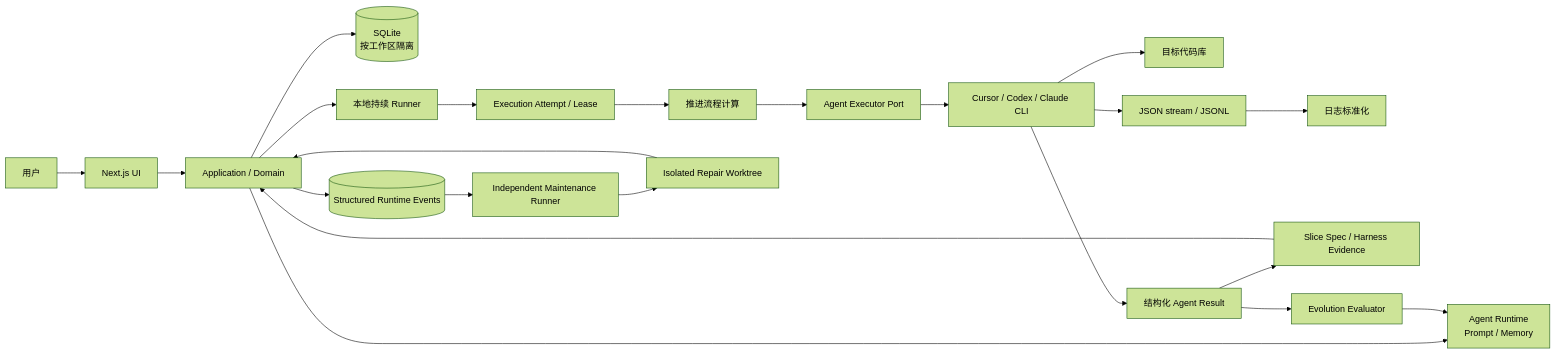
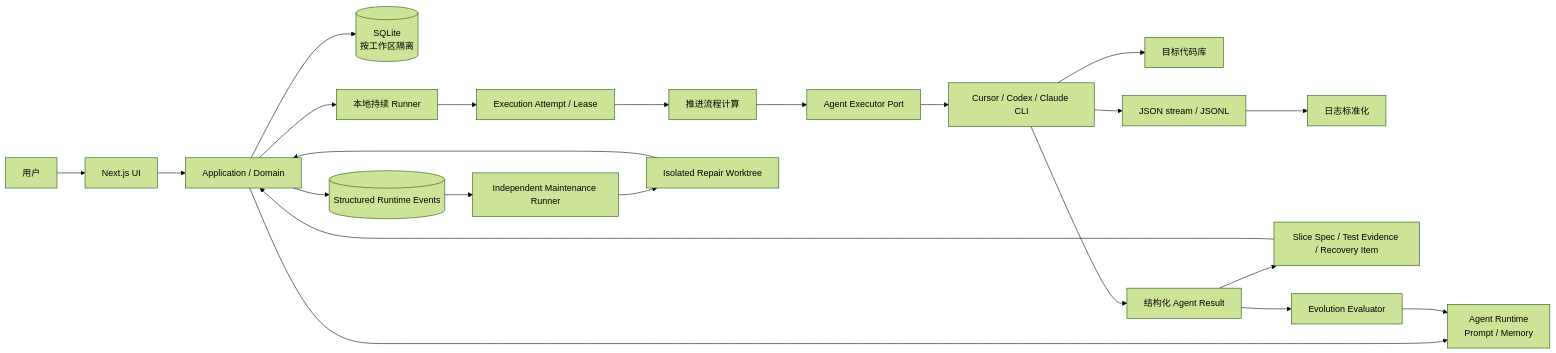
The diagram in docs/v1-technical-solution.md (InspireChina/ai4se-loop-workflow), drawn with Mermaid (forest theme) before and after one commit. The commit also changed other lines of this file and 25 other files, not shown here.

````diff
--- a/docs/v1-technical-solution.md
+++ b/docs/v1-technical-solution.md
@@ -26,24 +26,24 @@
 ```mermaid
 flowchart LR
   User["用户"] --> UI["Next.js UI"]
   UI --> App["Application / Domain"]
   App --> DB[("SQLite\n按工作区隔离")]
   App --> Profiles["Agent Runtime\nPrompt / Memory"]
   App --> Runner["本地持续 Runner"]
   Runner --> Attempt["Execution Attempt / Lease"]
   Attempt --> Flow["推进流程计算"]
   Flow --> Executor["Agent Executor Port"]
   Executor --> CLI["Cursor / Codex / Claude CLI"]
   CLI --> Repo["目标代码库"]
   CLI --> Stream["JSON stream / JSONL"]
   Stream --> Logs["日志标准化"]
   CLI --> Result["结构化 Agent Result"]
-  Result --> Harness["Slice Spec / Harness Evidence"]
-  Harness --> App
+  Result --> Evidence["Slice Spec / Test Evidence / Recovery Item"]
+  Evidence --> App
   Result --> Evolution["Evolution Evaluator"]
   Evolution --> Profiles
   App --> Events[("Structured Runtime Events")]
   Events --> Maintenance["Independent Maintenance Runner"]
   Maintenance --> Repair["Isolated Repair Worktree"]
   Repair --> App
 ```
````
